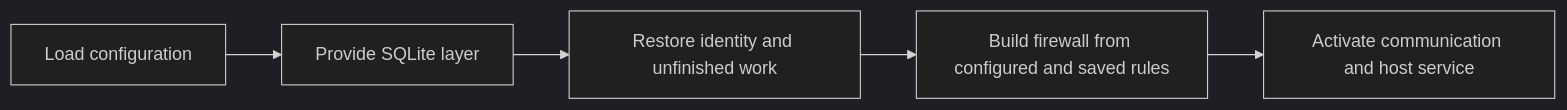
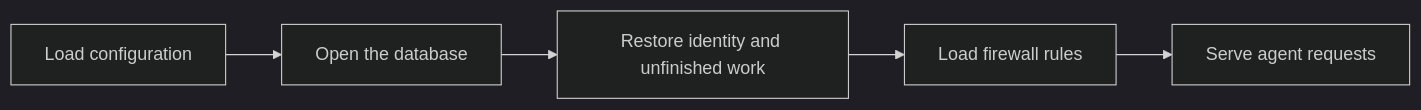
The first of 3 diagrams in packages/social-harness/src/daemon/README.md (social-harness/moltzap), drawn with Mermaid (dark theme) before and after one commit. The commit also changed other lines of this file and 19 other files, not shown here.

Commit message:
Simplify firewall behavior tests and explain the implemented flow

````diff
--- a/packages/social-harness/src/daemon/README.md
+++ b/packages/social-harness/src/daemon/README.md
@@ -24,7 +8,7 @@
 ```mermaid
 flowchart LR
-  A[Load configuration] --> B[Provide SQLite layer]
+  A[Load configuration] --> B[Open the database]
   B --> C[Restore identity and unfinished work]
-  C --> D[Build firewall from configured and saved rules]
-  D --> E[Activate communication and host service]
+  C --> D[Load firewall rules]
+  D --> E[Serve agent requests]
 ```
````
